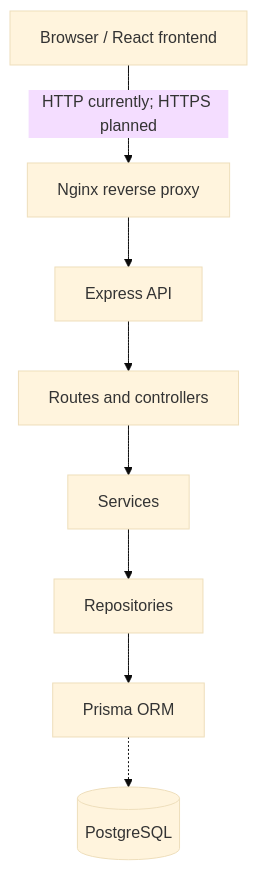
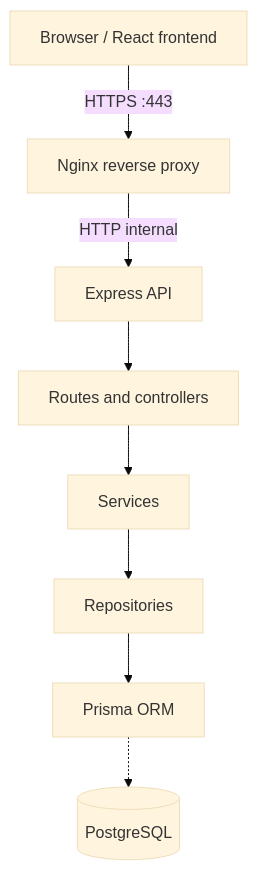
One commit to Hadi2022/ft_transcendence changed the diagram in docs/architecture.md. Above: the diagram before and after it, drawn with Mermaid (base theme). The commit also changed other lines of this file, not shown here.

Commit message:
docs: update architecture to reflect current implementation

````diff
--- a/docs/architecture.md
+++ b/docs/architecture.md
@@ -40,19 +43,19 @@
 ```mermaid
 flowchart TD
     Browser[Browser / React frontend]
     Nginx[Nginx reverse proxy]
     API[Express API]
 	Routes[Routes and controllers]
 	Services[Services]
 	Repositories[Repositories]
     Prisma[Prisma ORM]
     DB[(PostgreSQL)]
 
-    Browser -->|HTTP currently; HTTPS planned| Nginx
-    Nginx --> API
+    Browser -->|HTTPS :443| Nginx
+    Nginx --> |HTTP internal| API
 	API --> Routes
 	Routes --> Services
     Services --> Repositories
     Repositories --> Prisma
     Prisma -.-> DB
 ```
````
